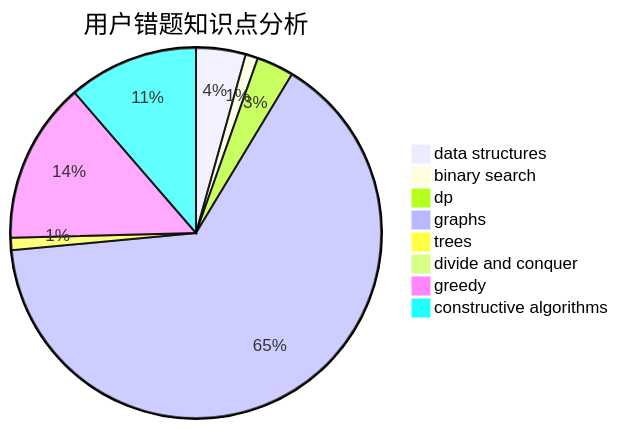
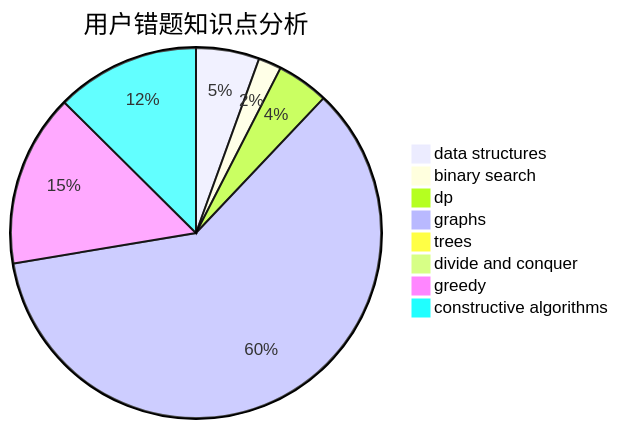
Before and after one commit to sherpahu/cfrs.github.io: the third of 3 diagrams in docs/user/u1348.md, drawn with Mermaid. The commit also changed other lines of this file and 2770 other files, not shown here.

````diff
--- a/docs/user/u1348.md
+++ b/docs/user/u1348.md
@@ -36,11 +36,11 @@
 ```mermaid
 pie title 用户错题知识点分析
-    "data structures" :  8
-    "binary search" :  2
-    "dp" :  6
+    "data structures" :  11
+    "binary search" :  4
+    "dp" :  9
     "graphs" :  120
     "trees" :  2
     "divide and conquer" :  0
-    "greedy" :  26
-    "constructive algorithms" :  21
+    "greedy" :  30
+    "constructive algorithms" :  25
 ```
````
